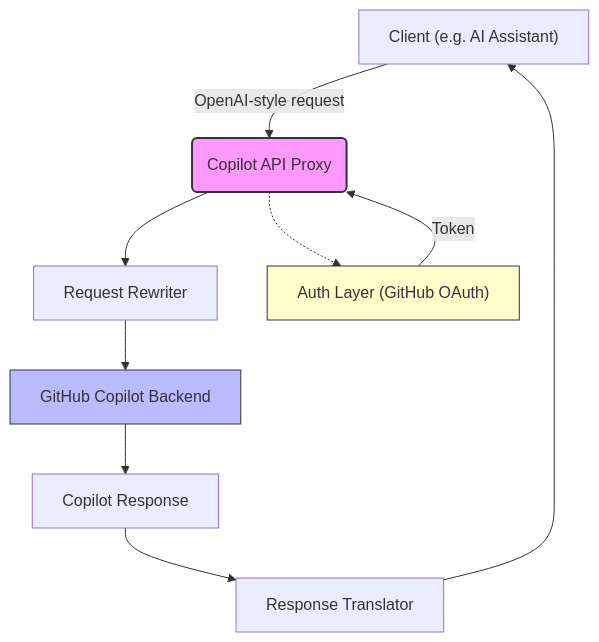
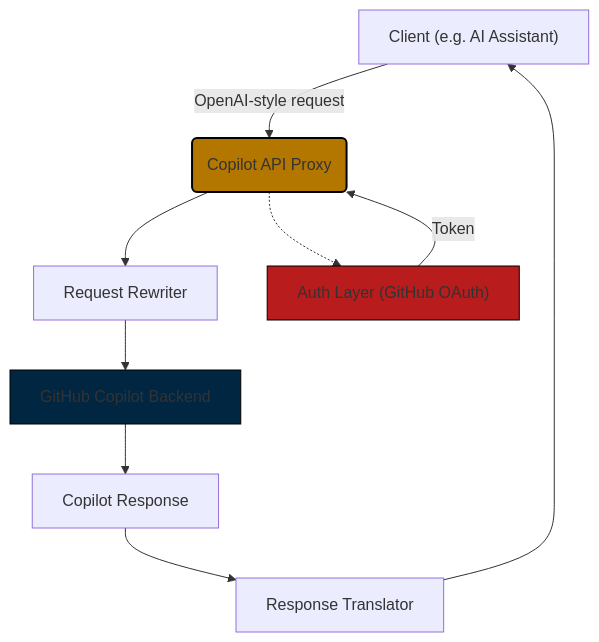
One commit to ekartashov/copilot-api changed the diagram in README.md. Above: the diagram before and after it, drawn with Mermaid.

Commit message:
style: improve Mermaid diagram colors for better visibility
- Replace light colors with darker, more vibrant palette
- Yellow-orange (#b37700) for main proxy component
- Dark blue (#002642) for GitHub backend
- Dark red (#b91c1c) for auth layer
- Black stroke borders for better contrast
- Colors provide better readability and professional appearance

````diff
--- a/README.md
+++ b/README.md
@@ -196,14 +196,14 @@
 ```mermaid
 graph TD
   A["Client (e.g. AI Assistant)"] -->|OpenAI-style request| B("Copilot API Proxy")
   B --> C["Request Rewriter"]
   C --> D["GitHub Copilot Backend"]
   D --> E["Copilot Response"]
   E --> F["Response Translator"]
   F --> A
   B -.-> G["Auth Layer (GitHub OAuth)"]
   G -->|Token| B
-  style B fill:#f9f,stroke:#333,stroke-width:2px
-  style D fill:#bbf,stroke:#333,stroke-width:1px
-  style G fill:#ffc,stroke:#333,stroke-width:1px
+  style B fill:#b37700,stroke:#000,stroke-width:2px
+  style D fill:#002642,stroke:#000,stroke-width:1px
+  style G fill:#b91c1c,stroke:#000,stroke-width:1px
 ```
````
